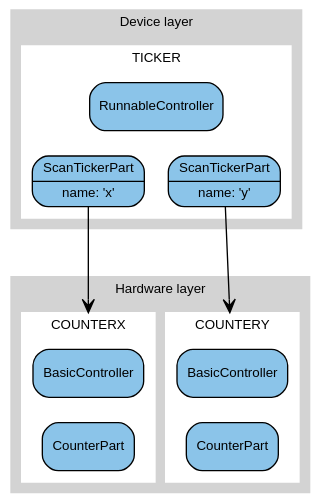
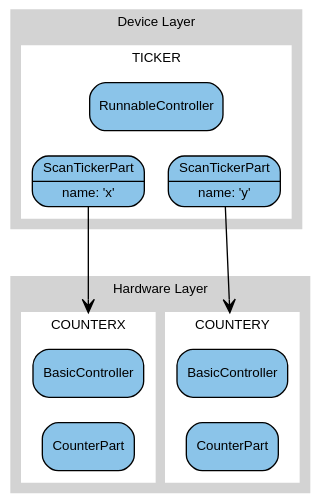
The first of 2 diagrams in docs/tutorials/generator.rst (DiamondLightSource/pymalcolm), drawn with Graphviz before and after one commit. The commit also changed other lines of this file and 11 other files, not shown here.

```diff
--- a/docs/tutorials/generator.rst
+++ b/docs/tutorials/generator.rst
@@ -53,49 +54,49 @@
 .. digraph:: ticker_child_connections
 
     bgcolor=transparent
     compound=true
     node [fontname=Arial fontsize=10 shape=Mrecord style=filled fillcolor="#8BC4E9"]
     graph [fontname=Arial fontsize=10]
     edge [fontname=Arial fontsize=10 arrowhead=vee]
 
     subgraph cluster_device {
-        label="Device layer"
+        label="Device Layer"
 		style=filled
 		color=lightgrey
 
         subgraph cluster_ticker {
             label="TICKER"
             ranksep=0.1
 		    color=white
             ticker_c [label="RunnableController"]
             x [label="{ScanTickerPart|name: 'x'}"]
             y [label="{ScanTickerPart|name: 'y'}"]
             ticker_c -> x [style=invis]
             ticker_c -> y [style=invis]
         }
     }
 
     subgraph cluster_hardware {
-        label="Hardware layer"
+        label="Hardware Layer"
 		style=filled
 		color=lightgrey
 
         subgraph cluster_counterx {
             label="COUNTERX"
             color=white
             counterx_c [label="BasicController"]
             counterx_p [label="CounterPart"]
             counterx_c -> counterx_p [style=invis]
         }
 
         subgraph cluster_countery {
             label="COUNTERY"
             color=white
             countery_c [label="BasicController"]
             countery_p [label="CounterPart"]
             countery_c -> countery_p [style=invis]
         }
     }
 
     x -> counterx_c [lhead=cluster_counterx minlen=3]
     y -> countery_c [lhead=cluster_countery minlen=3]
```
